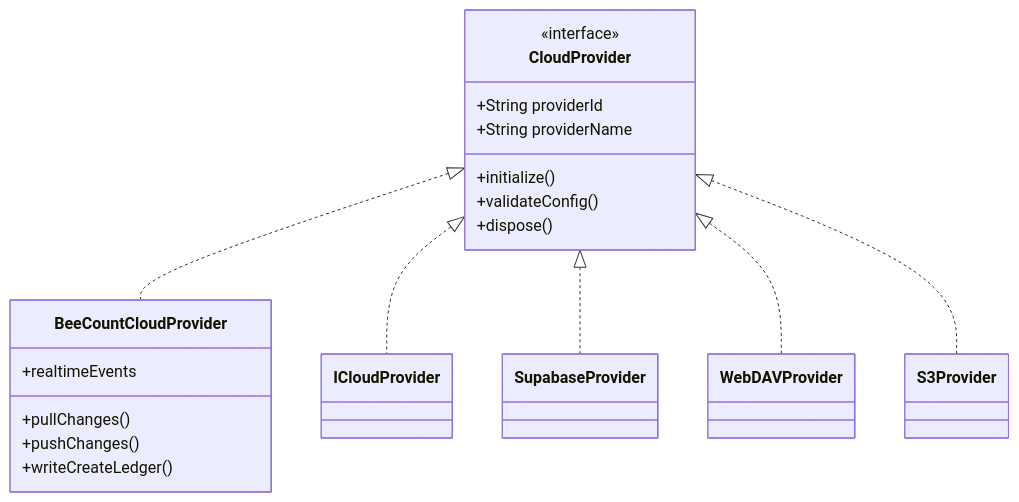
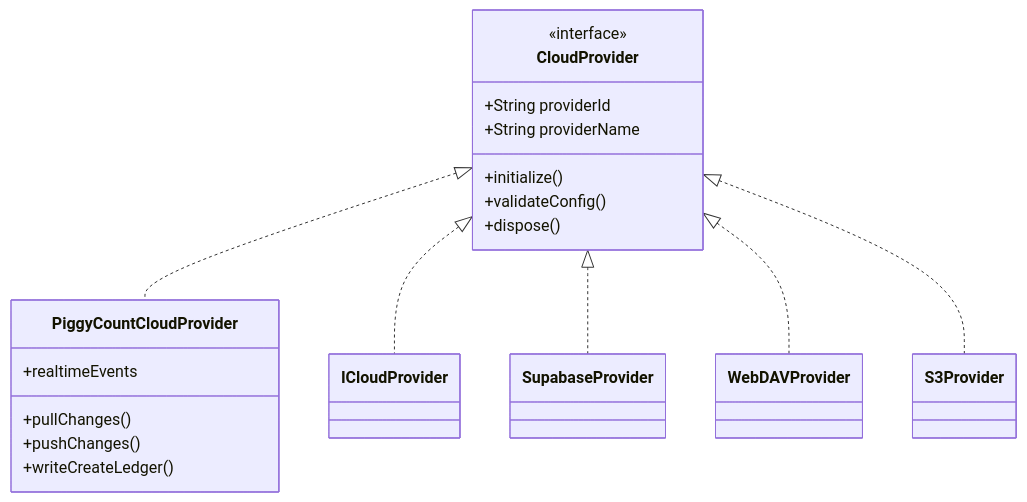
One commit to mecoren/PiggyCount changed the third of 8 diagrams in docoments/04-system-architecture.md. Above: the diagram before and after it, drawn with Mermaid. The commit also changed other lines of this file and 91 other files, not shown here.

````diff
--- a/docoments/04-system-architecture.md
+++ b/docoments/04-system-architecture.md
@@ -136,27 +136,27 @@
 ```mermaid
 classDiagram
     class CloudProvider {
         <<interface>>
         +String providerId
         +String providerName
         +initialize()
         +validateConfig()
         +dispose()
     }
-    class BeeCountCloudProvider {
+    class PiggyCountCloudProvider {
         +pullChanges()
         +pushChanges()
         +writeCreateLedger()
         +realtimeEvents
     }
     class ICloudProvider
     class SupabaseProvider
     class WebDAVProvider
     class S3Provider
 
-    CloudProvider <|.. BeeCountCloudProvider
+    CloudProvider <|.. PiggyCountCloudProvider
     CloudProvider <|.. ICloudProvider
     CloudProvider <|.. SupabaseProvider
     CloudProvider <|.. WebDAVProvider
     CloudProvider <|.. S3Provider
 ```
````
